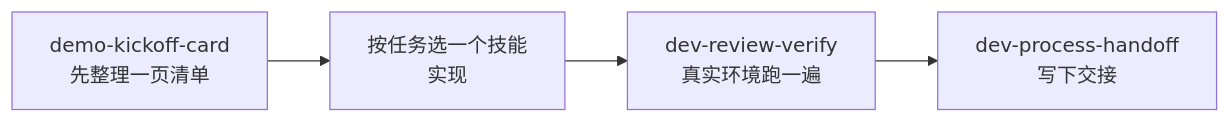
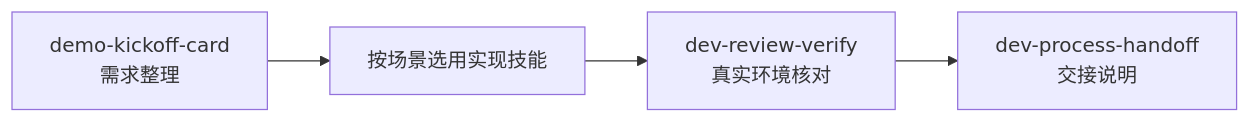
One commit to MMingLeung/agent-skills changed the diagram in README.md. Above: the diagram before and after it, drawn with Mermaid. The commit also changed other lines of this file, not shown here.

````diff
--- a/README.md
+++ b/README.md
@@ -128,6 +70,6 @@
 ```mermaid
 flowchart LR
-  kickoff["demo-kickoff-card<br/>先整理一页清单"] --> build["按任务选一个技能<br/>实现"]
-  build --> review["dev-review-verify<br/>真实环境跑一遍"]
-  review --> handoff["dev-process-handoff<br/>写下交接"]
+  kickoff["demo-kickoff-card<br/>需求整理"] --> build["按场景选用实现技能"]
+  build --> review["dev-review-verify<br/>真实环境核对"]
+  review --> handoff["dev-process-handoff<br/>交接说明"]
 ```
````
